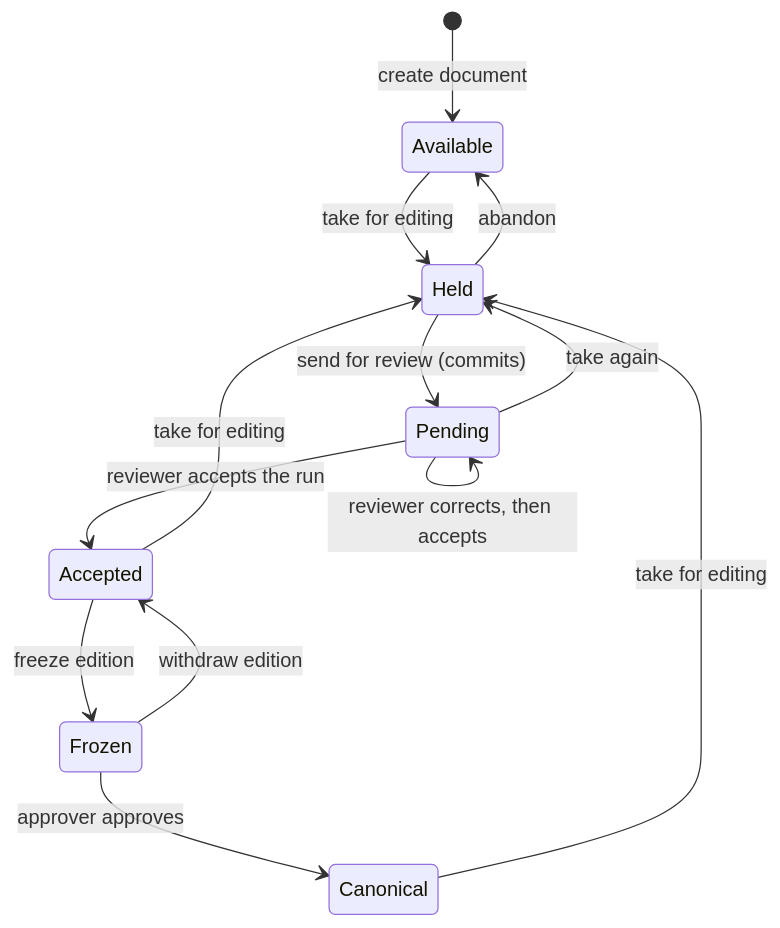
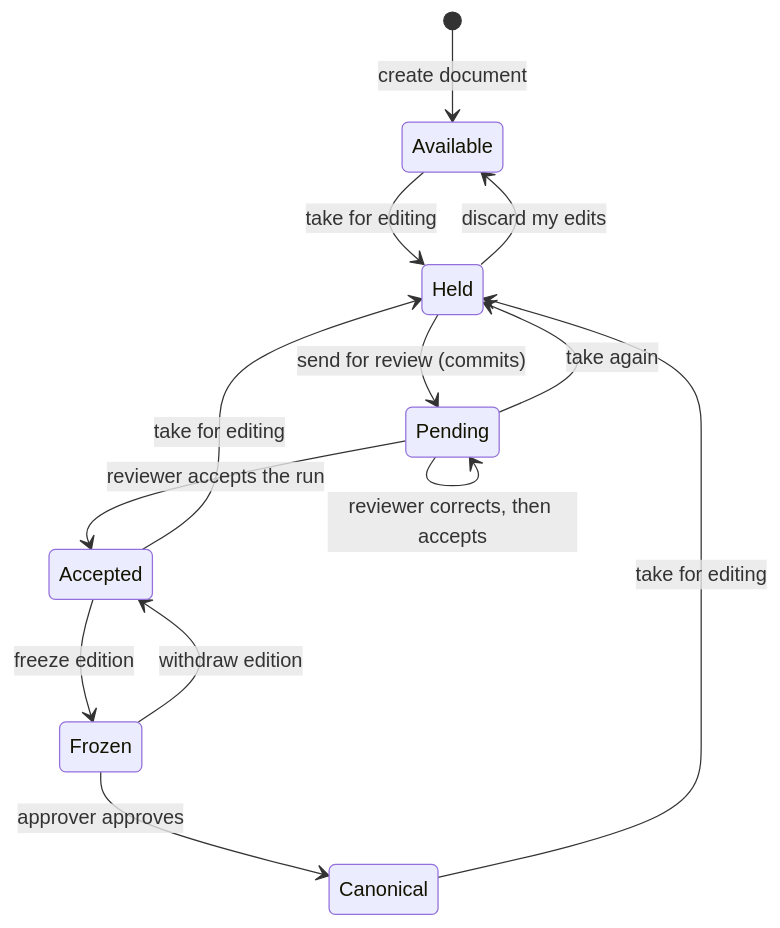
Before and after one commit to Oleksii-Zagorskyi/syngraphe: the first of 3 diagrams in docs/document-lifecycle.md, drawn with Mermaid. The commit also changed other lines of this file and 16 other files, not shown here.

````diff
--- a/docs/document-lifecycle.md
+++ b/docs/document-lifecycle.md
@@ -16,15 +16,15 @@
 ```mermaid
 stateDiagram-v2
     [*] --> Available: create document
     Available --> Held: take for editing
-    Held --> Available: abandon
+    Held --> Available: discard my edits
     Held --> Pending: send for review (commits)
     Pending --> Held: take again
     Pending --> Accepted: reviewer accepts the run
     Pending --> Pending: reviewer corrects, then accepts
     Accepted --> Held: take for editing
     Accepted --> Frozen: freeze edition
     Frozen --> Accepted: withdraw edition
     Frozen --> Canonical: approver approves
     Canonical --> Held: take for editing
 ```
````
